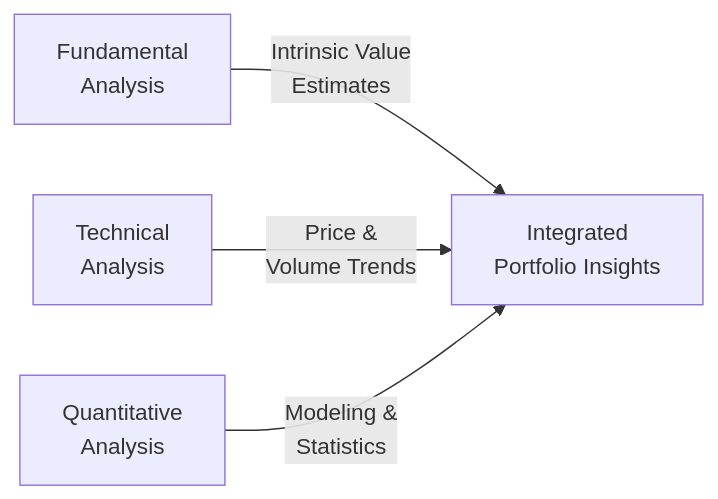
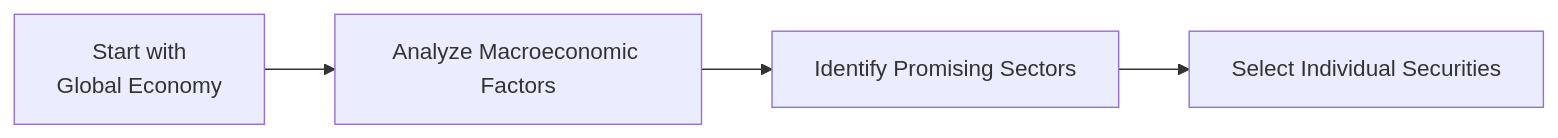
One commit to MasteryEducation/SecuritiesExamsMastery.ca changed the first of 2 diagrams in content/ifc/8/7/index.md. Above: the diagram before and after it, drawn with Mermaid. The commit also changed other lines of this file and 130 other files, not shown here.

````diff
--- a/content/ifc/8/7/index.md
+++ b/content/ifc/8/7/index.md
@@ -190,11 +78,6 @@
 ```mermaid
-graph LR
-A["Fundamental <br/>Analysis"]
-B["Technical <br/>Analysis"]
-C["Quantitative <br/>Analysis"]
-D["Integrated <br/>Portfolio Insights"]
-
-A -- "Intrinsic Value <br/>Estimates" --> D
-B -- "Price & <br/>Volume Trends" --> D
-C -- "Modeling & <br/>Statistics" --> D
+flowchart LR
+A["Start with<br/>Global Economy"] --> B["Analyze Macroeconomic Factors"]
+B --> C["Identify Promising Sectors"]
+C --> D["Select Individual Securities"]
 ```
````
